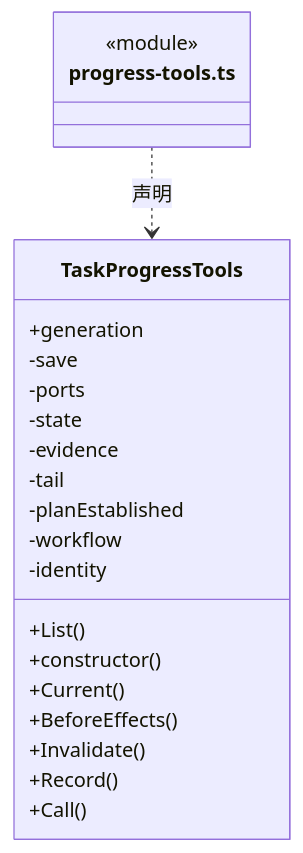
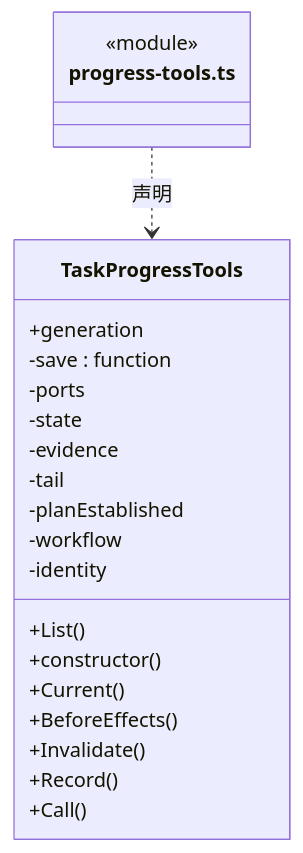
Before and after one commit to nan023062/cbim: diagram 23 of 46 in src/logic/evidence/rules/ARCHITECTURE.md, drawn with Mermaid. The commit also changed other lines of this file and 137 other files, not shown here.

Commit message:
fix: align architecture generator with documentation standards

````diff
--- a/src/logic/evidence/rules/ARCHITECTURE.md
+++ b/src/logic/evidence/rules/ARCHITECTURE.md
@@ -552,25 +577,25 @@
 ```mermaid
 classDiagram
 class N_src_logic_evidence_rules_progress_tools_ts["progress-tools.ts"] {
   <<module>>
 }
 class N_src_logic_evidence_rules_progress_tools_ts_TaskProgressTools["TaskProgressTools"] {
   +List()
   +generation
   +constructor()
   +Current()
   +BeforeEffects()
   +Invalidate()
   +Record()
   +Call()
-  -save
+  -save : function
   -ports
   -state
   -evidence
   -tail
   -planEstablished
   -workflow
   -identity
 }
 N_src_logic_evidence_rules_progress_tools_ts ..> N_src_logic_evidence_rules_progress_tools_ts_TaskProgressTools : 声明
 ```
````
